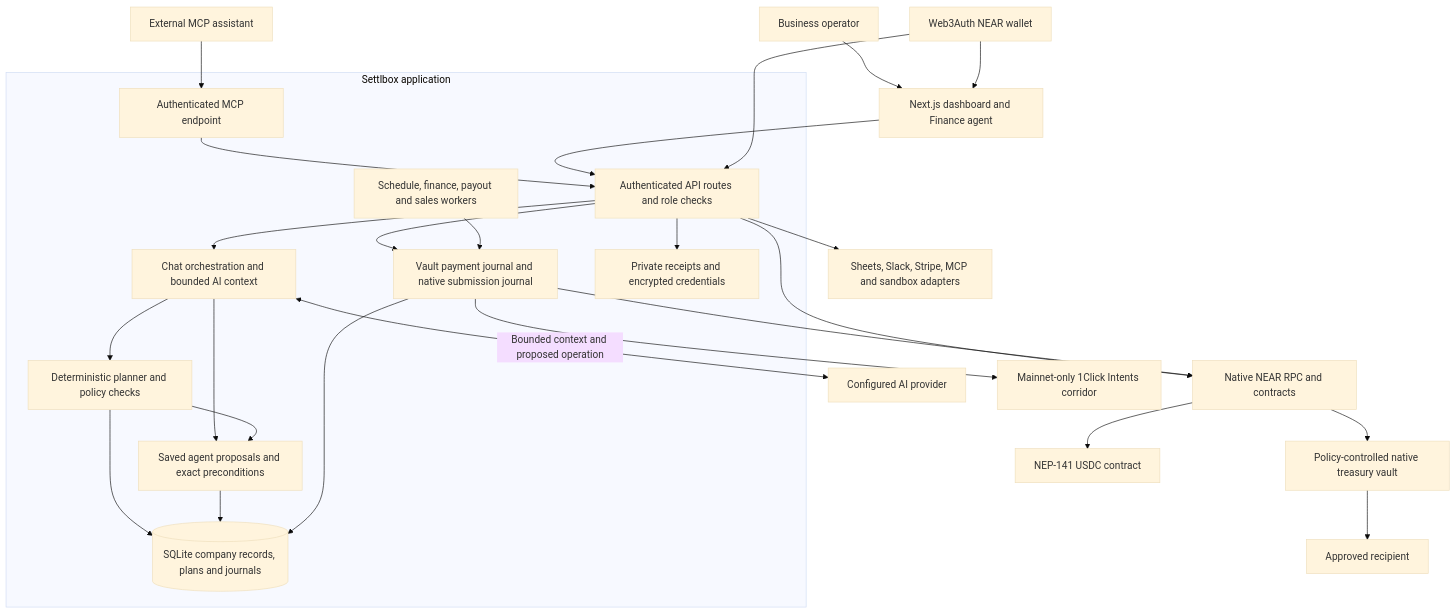
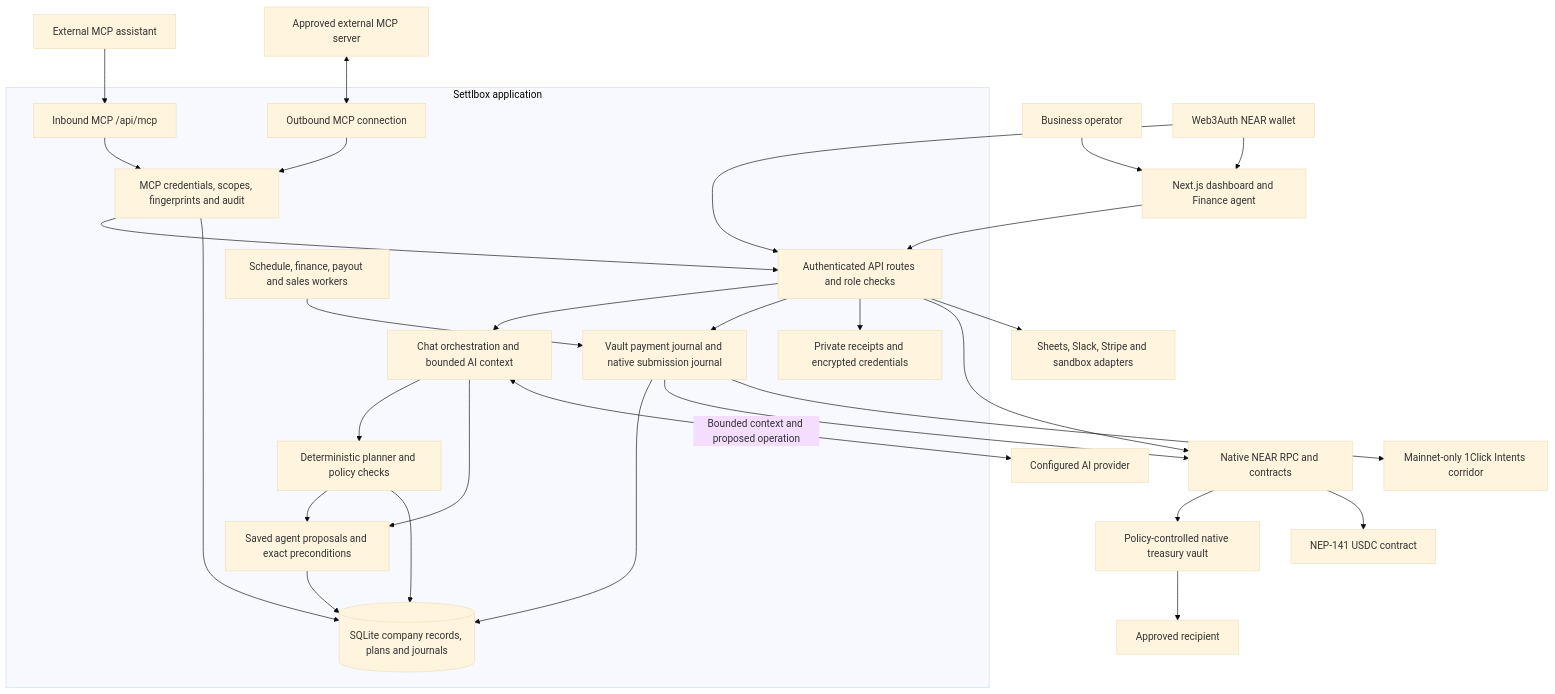
The first of 2 diagrams in README.md (i-mwangi/garment), drawn with Mermaid (base theme) before and after one commit. The commit also changed other lines of this file, not shown here.

First line of the commit message:
Document inbound and outbound MCP architecture

````diff
--- a/README.md
+++ b/README.md
@@ -118,39 +118,44 @@
 ```mermaid
 flowchart TB
     Operator[Business operator] --> UI[Next.js dashboard and Finance agent]
     Wallet[Web3Auth NEAR wallet] --> UI
-    Assistant[External MCP assistant] --> MCP[Authenticated MCP endpoint]
+    Assistant[External MCP assistant] --> InboundMCP[Inbound MCP /api/mcp]
+    OutboundServer[Approved external MCP server] <--> OutboundMCP[Outbound MCP connection]
 
     subgraph App[Settlbox application]
         API[Authenticated API routes and role checks]
         Chat[Chat orchestration and bounded AI context]
         Planner[Deterministic planner and policy checks]
         Proposals[Saved agent proposals and exact preconditions]
         Journal[Vault payment journal and native submission journal]
         Workers[Schedule, finance, payout and sales workers]
+        MCPControls[MCP credentials, scopes, fingerprints and audit]
         Store[(SQLite company records, plans and journals)]
         Private[Private receipts and encrypted credentials]
         API --> Chat
         Chat --> Planner
         Chat --> Proposals
         Planner --> Proposals
         API --> Journal
         Planner --> Store
         Proposals --> Store
         Journal --> Store
         Workers --> Journal
         API --> Private
-        MCP --> API
+        InboundMCP --> MCPControls
+        OutboundMCP --> MCPControls
+        MCPControls --> API
+        MCPControls --> Store
     end
 
     UI --> API
     Wallet --> API
     Chat <-->|Bounded context and proposed operation| AI[Configured AI provider]
     API --> NEAR[Native NEAR RPC and contracts]
     Journal --> NEAR
     NEAR --> Vault[Policy-controlled native treasury vault]
     NEAR --> Token[NEP-141 USDC contract]
     Vault --> Recipient[Approved recipient]
     Journal --> Intents[Mainnet-only 1Click Intents corridor]
-    API --> Integrations[Sheets, Slack, Stripe, MCP and sandbox adapters]
+    API --> Integrations[Sheets, Slack, Stripe and sandbox adapters]
 ```
````
